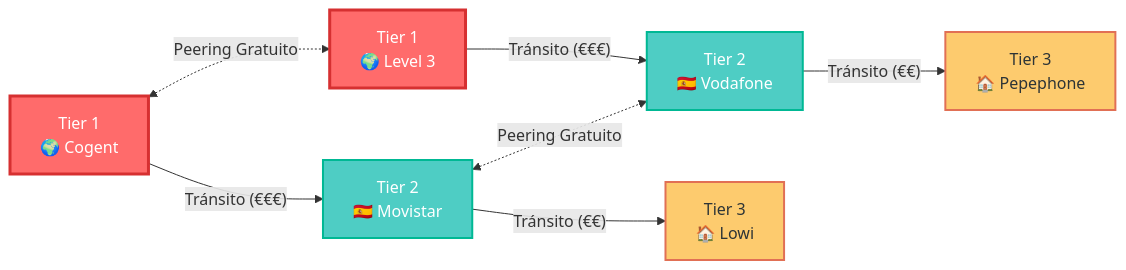
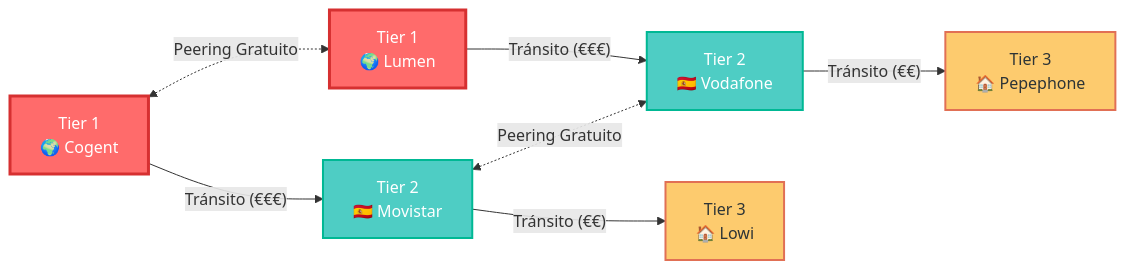
One commit to rrunix/jer_slides changed the sixth of 10 diagrams in ch1_p1_net_introduction.qmd. Above: the diagram before and after it, drawn with Mermaid. The commit also changed other lines of this file and 11 other files, not shown here.

````diff
--- a/ch1_p1_net_introduction.qmd
+++ b/ch1_p1_net_introduction.qmd
@@ -400,36 +400,36 @@
 ```{mermaid}
 graph LR
     T1A["Tier 1<br/>🌍 Cogent"]
-    T1B["Tier 1<br/>🌍 Level 3"]
+    T1B["Tier 1<br/>🌍 Lumen"]
     
     T2A["Tier 2<br/>🇪🇸 Movistar"]
     T2B["Tier 2<br/>🇪🇸 Vodafone"]
     
     T3A["Tier 3<br/>🏠 Lowi"]
     T3B["Tier 3<br/>🏠 Pepephone"]
     
     
     %% Tier 1 peering
     T1A <-.->|"Peering Gratuito"| T1B
     
     %% Tier 2 comprando de Tier 1
     T1A -->|"Tránsito (€€€)"| T2A
     T1B -->|"Tránsito (€€€)"| T2B
     
     %% Tier 3 comprando de Tier 2
     T2A -->|"Tránsito (€€)"| T3A
     T2B -->|"Tránsito (€€)"| T3B
 
     T2A  <-.->|"Peering Gratuito"| T2B
     
     %% Styling
     classDef tier1 fill:#ff6b6b,stroke:#d63031,stroke-width:3px,color:#fff
     classDef tier2 fill:#4ecdc4,stroke:#00b894,stroke-width:2px,color:#fff
     classDef tier3 fill:#fdcb6e,stroke:#e17055,stroke-width:2px,color:#2d3436
     classDef users fill:#a29bfe,stroke:#6c5ce7,stroke-width:2px,color:#fff
     
     class T1A,T1B tier1
     class T2A,T2B tier2
     class T3A,T3B tier3
     class U1,U2 users
 ```
````
